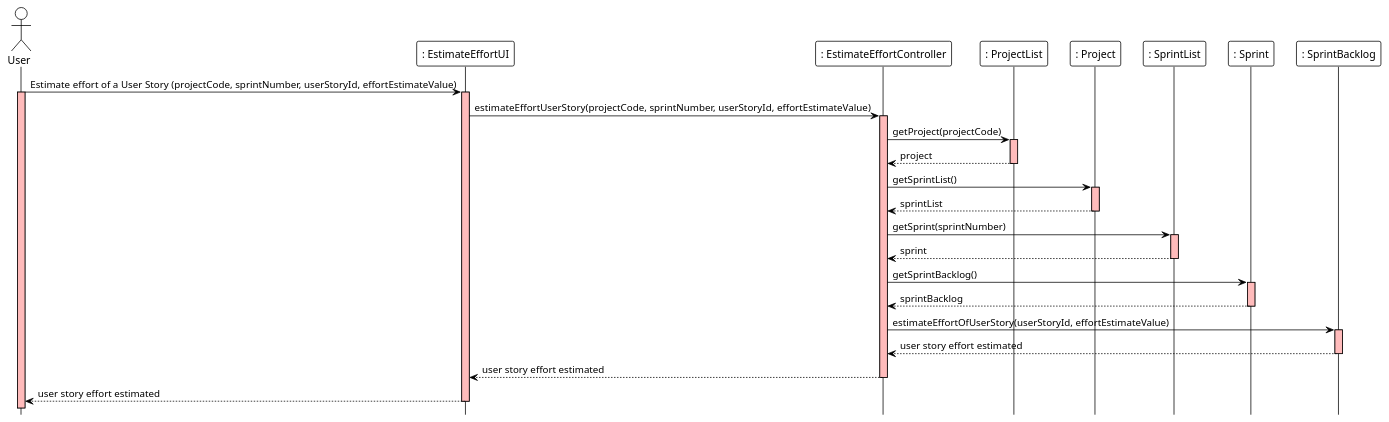
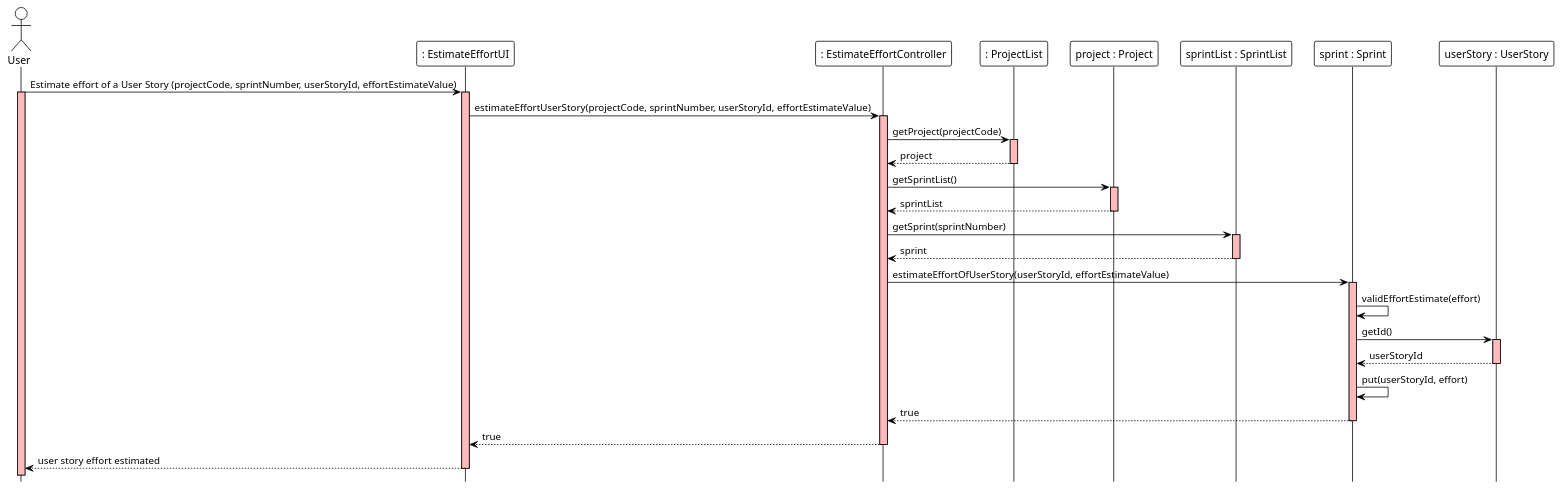
One commit to ivo-menezes/project_g3 changed the diagram in docs/modelling_design/user_stories/us021/US021_EstimateEffortUserStorySD.puml. Above: the diagram before and after it, drawn with PlantUML.

Commit message:
US021 : Design : EstimateEffortForUserStorySD (Update)

```diff
--- a/docs/modelling_design/user_stories/us021/US021_EstimateEffortUserStorySD.puml
+++ b/docs/modelling_design/user_stories/us021/US021_EstimateEffortUserStorySD.puml
@@ -1,44 +1,46 @@
 @startuml
 !theme plain
 hide footbox
 
 actor "User" as User
 participant ": EstimateEffortUI" as UI
 participant ": EstimateEffortController" as Controller
 participant ": ProjectList" as PL
-participant ": Project" as P
-participant ": SprintList" as SL
-participant ": Sprint" as S
-participant ": SprintBacklog" as SB
+participant "project : Project" as P
+participant "sprintList : SprintList" as SL
+participant "sprint : Sprint" as S
+participant "userStory : UserStory" as US
 
 User ->  UI: Estimate effort of a User Story (projectCode, sprintNumber, userStoryId, effortEstimateValue)
 activate User #FFBBBB
 activate UI #FFBBBB
 UI -> Controller: estimateEffortUserStory(projectCode, sprintNumber, userStoryId, effortEstimateValue)
 activate Controller #FFBBBB
 Controller -> PL: getProject(projectCode)
 activate PL #FFBBBB
 PL --> Controller: project
 deactivate PL
 Controller -> P: getSprintList()
 activate P #FFBBBB
 P --> Controller: sprintList
 deactivate P
 Controller -> SL: getSprint(sprintNumber)
 activate SL #FFBBBB
 SL --> Controller: sprint
 deactivate SL
-Controller -> S: getSprintBacklog()
+Controller -> S: estimateEffortOfUserStory(userStoryId, effortEstimateValue)
 activate S #FFBBBB
-S --> Controller: sprintBacklog
+S -> S: validEffortEstimate(effort)
+S -> US: getId()
+activate US #FFBBBB
+US --> S: userStoryId
+deactivate US
+S -> S: put(userStoryId, effort)
+S --> Controller: true
 deactivate S
-Controller -> SB: estimateEffortOfUserStory(userStoryId, effortEstimateValue)
-activate SB #FFBBBB
-SB --> Controller: user story effort estimated
-deactivate SB
-Controller --> UI: user story effort estimated
+Controller --> UI: true
 deactivate Controller
 UI --> User: user story effort estimated
 deactivate UI
 
 @enduml
```
